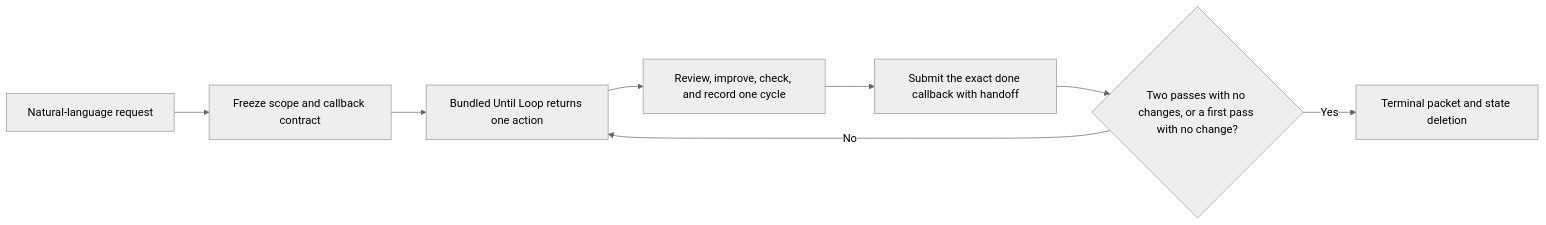
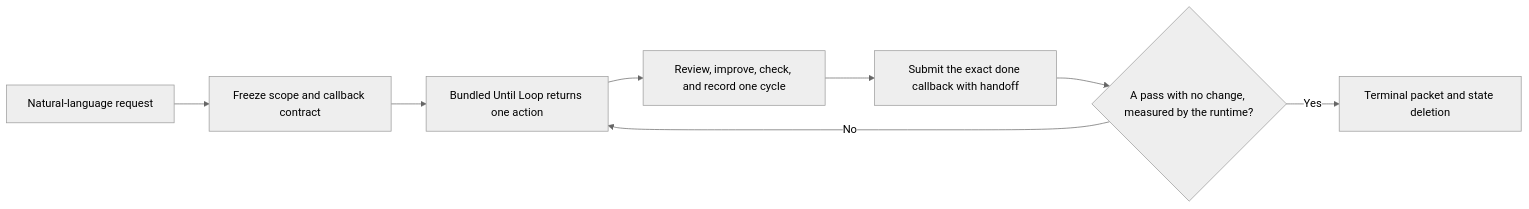
Before and after one commit to whichguy/skill-craft: the diagram in skills/improve/README.md, drawn with Mermaid (neutral theme). The commit also changed other lines of this file and 44 other files, not shown here.

```diff
--- a/skills/improve/README.md
+++ b/skills/improve/README.md
@@ -3,10 +3,10 @@
 ~~~mermaid
 flowchart LR
     Request[Natural-language request] --> Contract[Freeze scope and callback contract]
     Contract --> Packet[Bundled Until Loop returns one action]
     Packet --> Cycle[Review, improve, check, and record one cycle]
     Cycle --> Report[Submit the exact done callback with handoff]
-    Report --> Gate{Two passes with no changes, or a first pass with no change?}
+    Report --> Gate{A pass with no change, measured by the runtime?}
     Gate -->|No| Packet
     Gate -->|Yes| Terminal[Terminal packet and state deletion]
 ~~~
```
